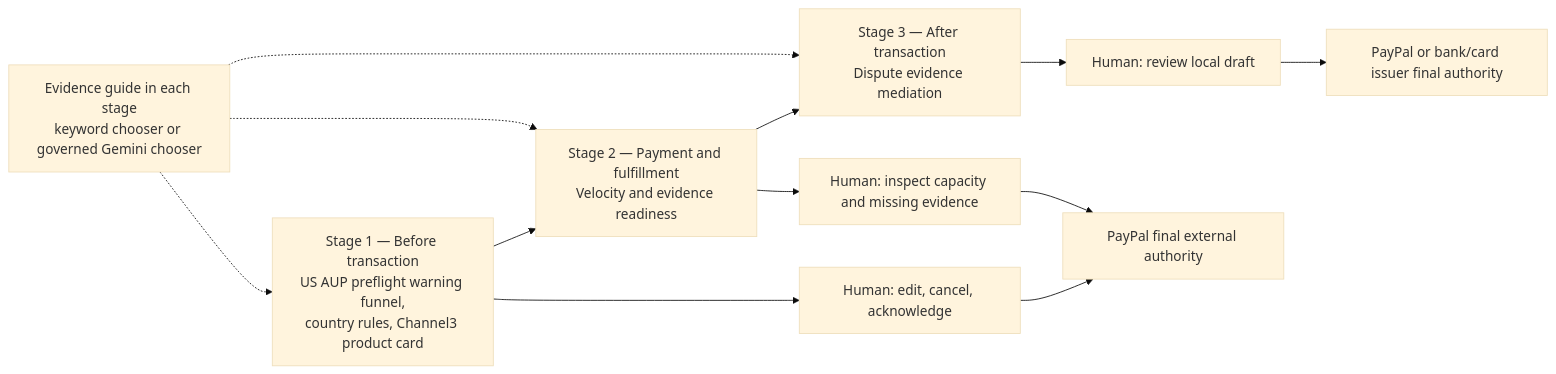
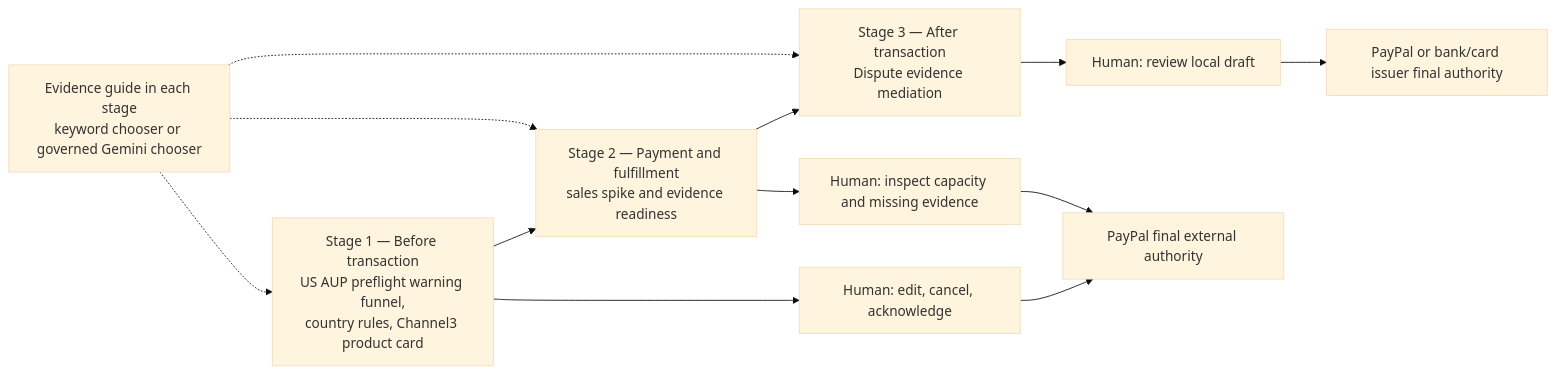
The second of 3 diagrams in docs/decisions/2026Q4/architecture.md (jiarong0423/payguard-ai), drawn with Mermaid (base theme) before and after one commit. The commit also changed other lines of this file and 55 other files, not shown here.

Commit message:
Final red-team fixes: 90-day reference window, third Sandbox draft receipt, accurate country-rule audit wording, README first screen, consistent ZIP and date wording, redrawn diagrams

````diff
--- a/docs/decisions/2026Q4/architecture.md
+++ b/docs/decisions/2026Q4/architecture.md
@@ -62,14 +65,14 @@
 ```mermaid
 flowchart LR
-  S1["Stage 1 — Before transaction<br/>US AUP preflight warning funnel,<br/>country rules, Channel3 product card"] --> S2["Stage 2 — Payment and fulfillment<br/>Velocity and evidence readiness"]
+  S1["Stage 1 — Before transaction<br/>US AUP preflight warning funnel,<br/>country rules, Channel3 product card"] --> S2["Stage 2 — Payment and fulfillment<br/>sales spike and evidence readiness"]
   S2 --> S3["Stage 3 — After transaction<br/>Dispute evidence mediation"]
   S1 --> H1["Human: edit, cancel, acknowledge"]
   S2 --> H2["Human: inspect capacity and missing evidence"]
   S3 --> H3["Human: review local draft"]
   G["Evidence guide in each stage<br/>keyword chooser or governed Gemini chooser"] -.-> S1
   G -.-> S2
   G -.-> S3
   H1 --> P["PayPal final external authority"]
   H2 --> P
   H3 --> A["PayPal or bank/card issuer final authority"]
 ```
````
